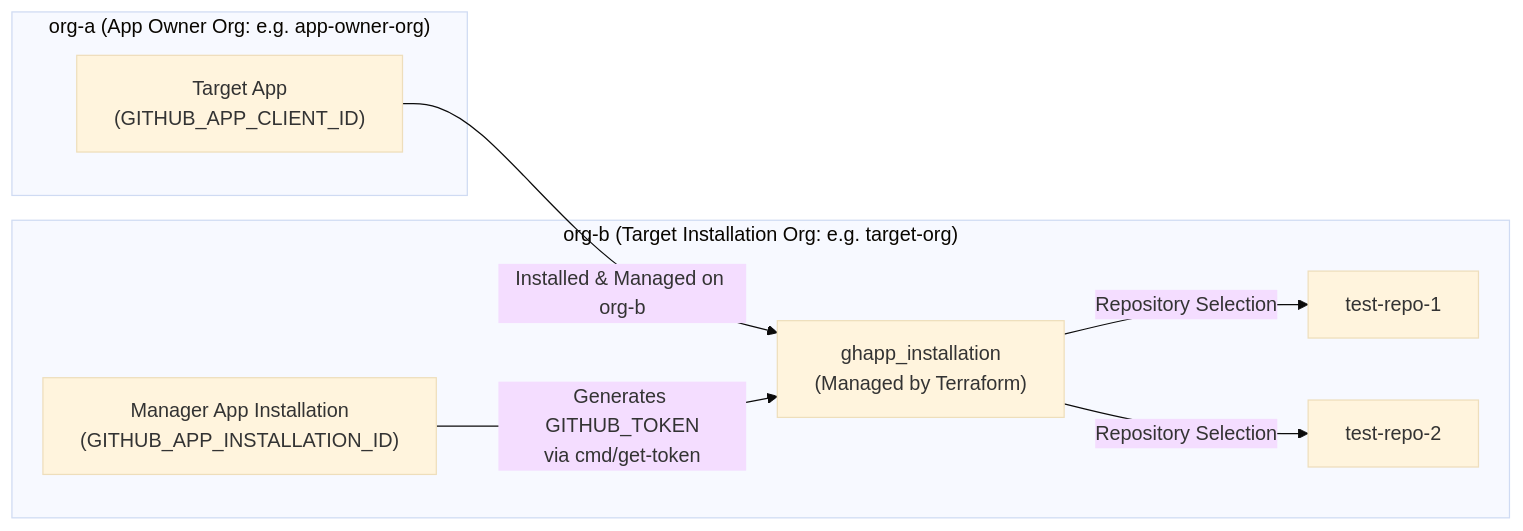
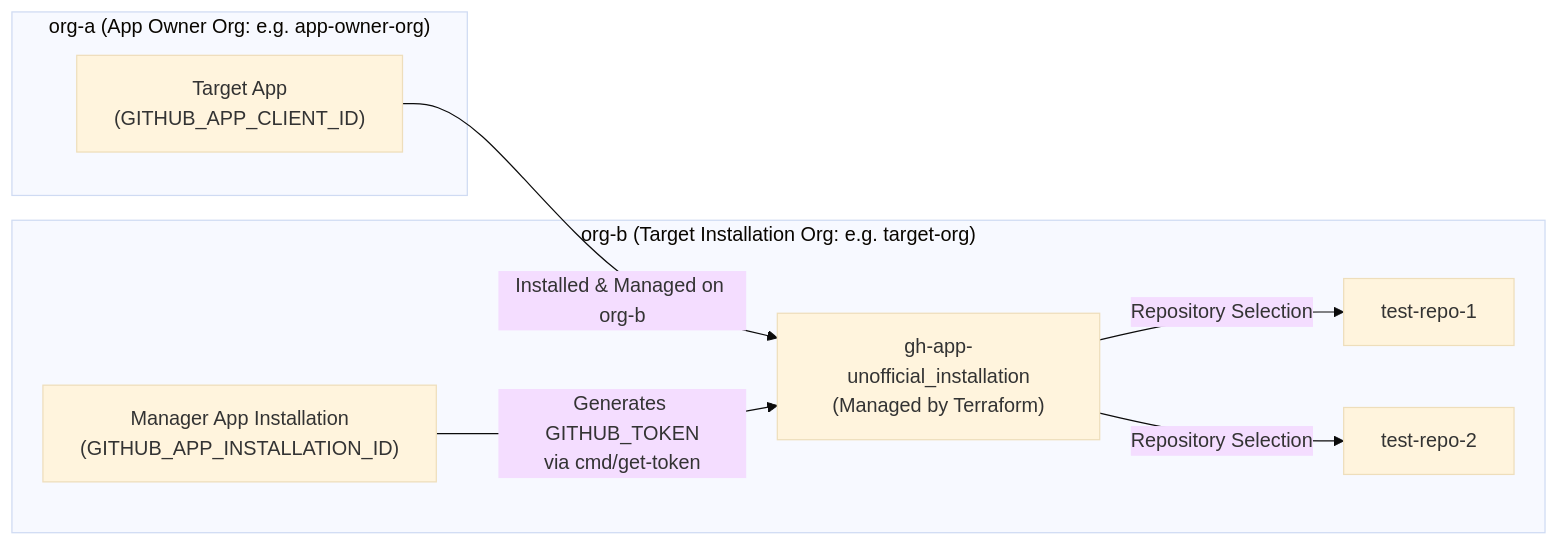
Before and after one commit to google/terraform-provider-gh-app-unofficial: the diagram in DEVELOPMENT.md, drawn with Mermaid (base theme). The commit also changed other lines of this file and 15 other files, not shown here.

First line of the commit message:
fix: rename provider to gh-app-unofficial (#39)

````diff
--- a/DEVELOPMENT.md
+++ b/DEVELOPMENT.md
@@ -30,18 +30,18 @@
 ```mermaid
 graph LR
     subgraph ORG_A ["org-a (App Owner Org: e.g. app-owner-org)"]
         T_APP["Target App<br/>(GITHUB_APP_CLIENT_ID)"]
     end
 
     subgraph ORG_B ["org-b (Target Installation Org: e.g. target-org)"]
-        INST["ghapp_installation<br/>(Managed by Terraform)"]
+        INST["gh-app-unofficial_installation<br/>(Managed by Terraform)"]
         TR1["test-repo-1"]
         TR2["test-repo-2"]
         M_INST["Manager App Installation<br/>(GITHUB_APP_INSTALLATION_ID)"]
     end
 
     T_APP -->|"Installed & Managed on org-b"| INST
     INST -->|"Repository Selection"| TR1
     INST -->|"Repository Selection"| TR2
     M_INST -->|"Generates GITHUB_TOKEN<br/>via cmd/get-token"| INST
 ```
````
